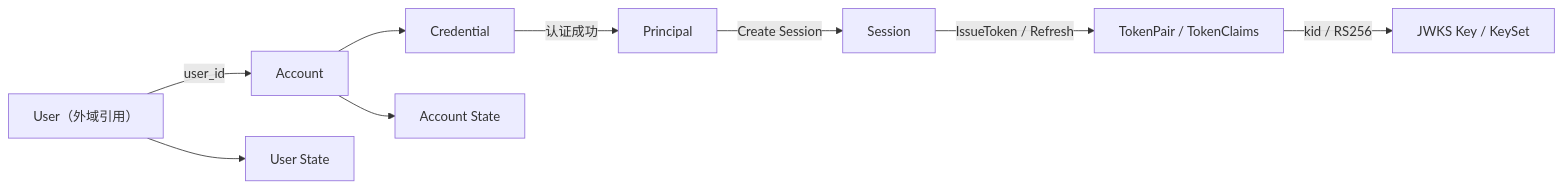
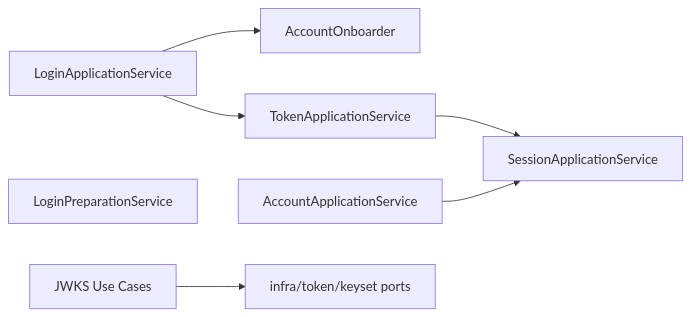
The third of 6 diagrams in docs/02-业务域/01-authn-认证&Token&JWKS.md (FangcunMount/iam), drawn with Mermaid before and after one commit. The commit also changed other lines of this file and 61 other files, not shown here.

````diff
--- a/docs/02-业务域/01-authn-认证&Token&JWKS.md
+++ b/docs/02-业务域/01-authn-认证&Token&JWKS.md
@@ -85,21 +133,16 @@
 ```mermaid
 flowchart LR
-  Account["Account"]
-  Credential["Credential"]
-  Principal["Principal"]
-  Session["Session"]
-  Token["TokenPair / TokenClaims"]
-  JWKS["JWKS Key / KeySet"]
-  User["User（外域引用）"]
-  AccountState["Account State"]
-  UserState["User State"]
+    Login["LoginApplicationService"]
+    Prep["LoginPreparationService"]
+    Onboarding["AccountOnboarder"]
+    Token["TokenApplicationService"]
+    Session["SessionApplicationService"]
+    JWKS["JWKS Use Cases"]
+    AccountAdmin["AccountApplicationService"]
 
-  User -->|"user_id"| Account
-  Account --> Credential
-  Credential -->|"认证成功"| Principal
-  Principal -->|"Create Session"| Session
-  Session -->|"IssueToken / Refresh"| Token
-  Token -->|"kid / RS256"| JWKS
-  Account --> AccountState
-  User --> UserState
+    Login --> Token
+    Login --> Onboarding
+    Token --> Session
+    JWKS --> Keyset["infra/token/keyset ports"]
+    AccountAdmin --> Session
 ```
````
